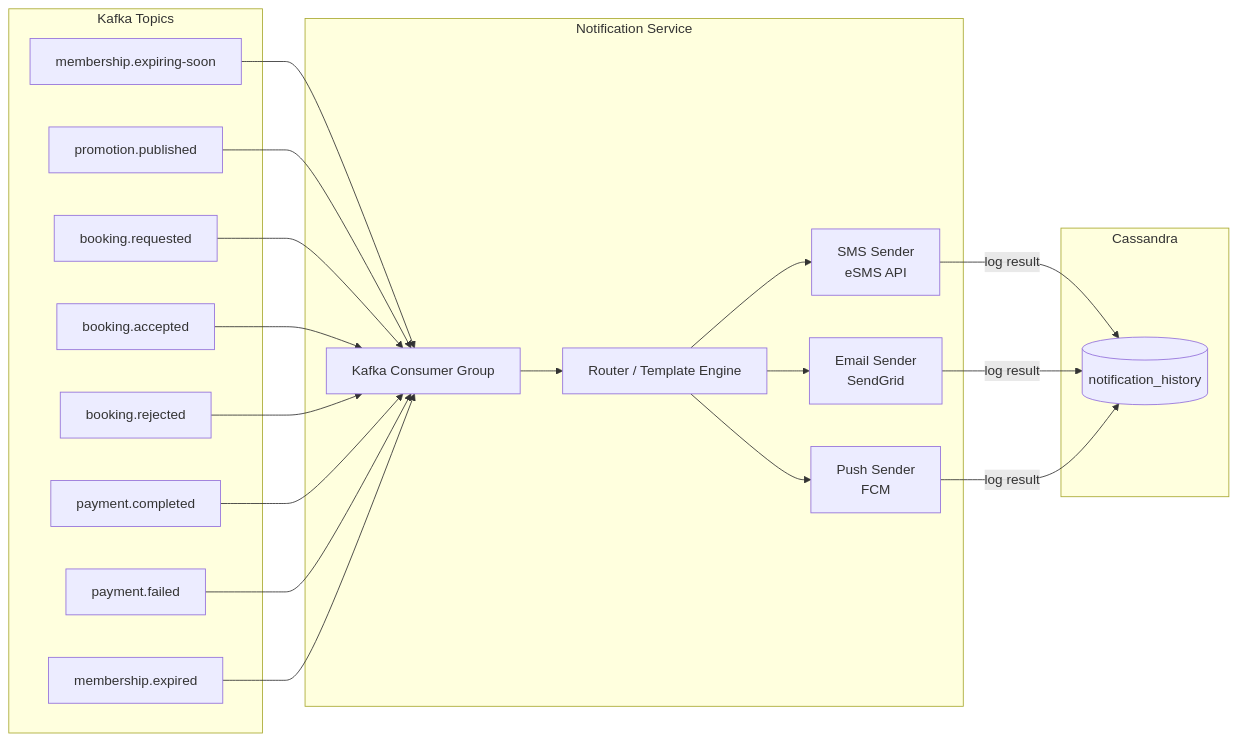
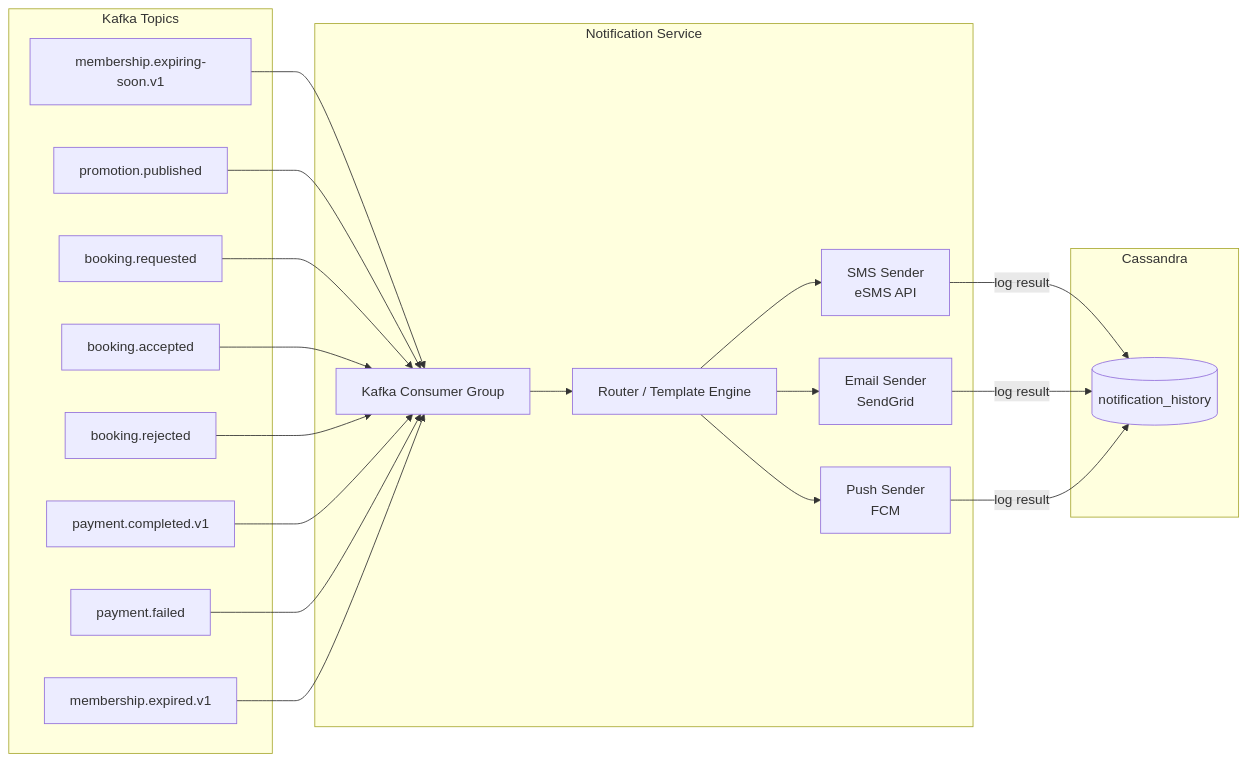
One commit to pploc/gym-architect changed the first of 2 diagrams in services/07-ms-gym-notification.md. Above: the diagram before and after it, drawn with Mermaid. The commit also changed other lines of this file and 15 other files, not shown here.

````diff
--- a/services/07-ms-gym-notification.md
+++ b/services/07-ms-gym-notification.md
@@ -18,31 +18,31 @@
 ```mermaid
 flowchart LR
     subgraph "Kafka Topics"
-        E1[membership.expiring-soon]
+        E1[membership.expiring-soon.v1]
         E2[promotion.published]
         E3[booking.requested]
         E4[booking.accepted]
         E5[booking.rejected]
-        E6[payment.completed]
+        E6[payment.completed.v1]
         E7[payment.failed]
-        E8[membership.expired]
+        E8[membership.expired.v1]
     end
 
     subgraph "Notification Service"
         C[Kafka Consumer Group]
         R[Router / Template Engine]
         SMS[SMS Sender<br/>eSMS API]
         EMAIL[Email Sender<br/>SendGrid]
         PUSH[Push Sender<br/>FCM]
     end
 
     E1 & E2 & E3 & E4 & E5 & E6 & E7 & E8 --> C
     C --> R
     R --> SMS & EMAIL & PUSH
 
     subgraph "Cassandra"
         DB[(notification_history)]
     end
 
     SMS & EMAIL & PUSH -->|log result| DB
 ```
````
